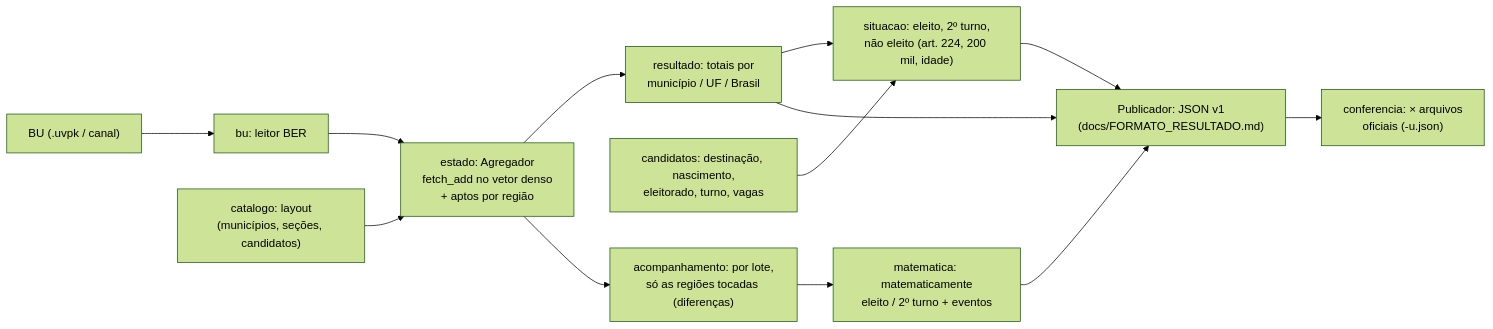
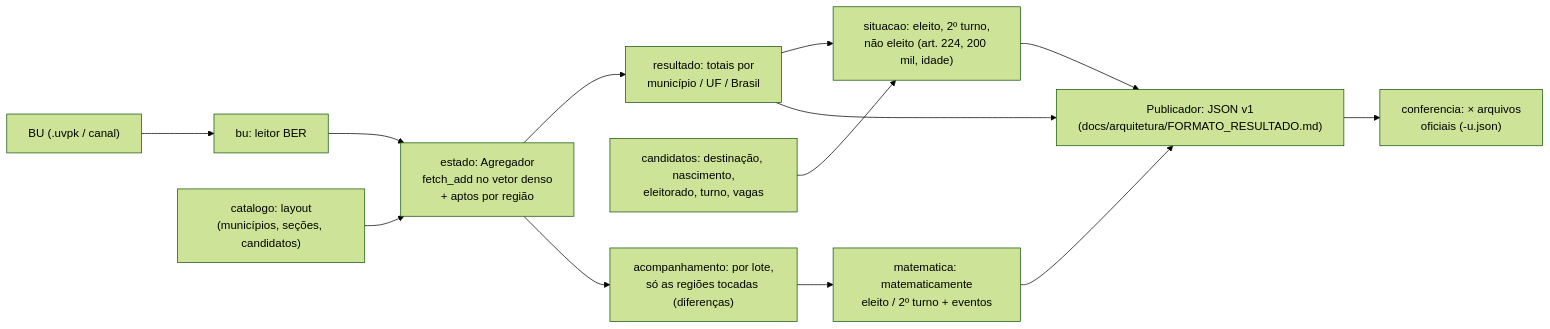
One commit to lukeboh/urna-velox-civica changed the third of 4 diagrams in ARCHITECTURE.md. Above: the diagram before and after it, drawn with Mermaid (forest theme). The commit also changed other lines of this file and 391 other files, not shown here.

````diff
--- a/ARCHITECTURE.md
+++ b/ARCHITECTURE.md
@@ -86,15 +86,15 @@
 ```mermaid
 flowchart LR
     BU["BU (.uvpk / canal)"] --> L["bu: leitor BER"]
     L --> A["estado: Agregador<br/>fetch_add no vetor denso<br/>+ aptos por região"]
     CAT["catalogo: layout<br/>(municípios, seções, candidatos)"] --> A
     A --> R["resultado: totais por<br/>município / UF / Brasil"]
     CAD["candidatos: destinação, nascimento,<br/>eleitorado, turno, vagas"] --> S
     A --> AC["acompanhamento: por lote,<br/>só as regiões tocadas (diferenças)"]
     AC --> M["matematica: matematicamente<br/>eleito / 2º turno + eventos"]
     R --> S["situacao: eleito, 2º turno,<br/>não eleito (art. 224, 200 mil, idade)"]
-    R --> P["Publicador: JSON v1<br/>(docs/FORMATO_RESULTADO.md)"]
+    R --> P["Publicador: JSON v1<br/>(docs/arquitetura/FORMATO_RESULTADO.md)"]
     M --> P
     S --> P
     P --> C["conferencia: × arquivos<br/>oficiais (-u.json)"]
 ```
````
